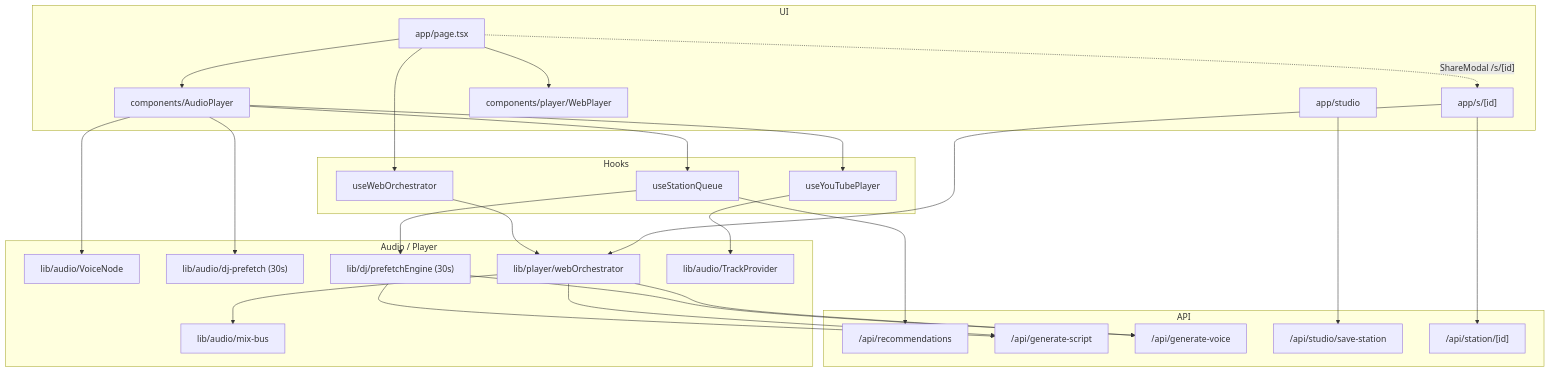
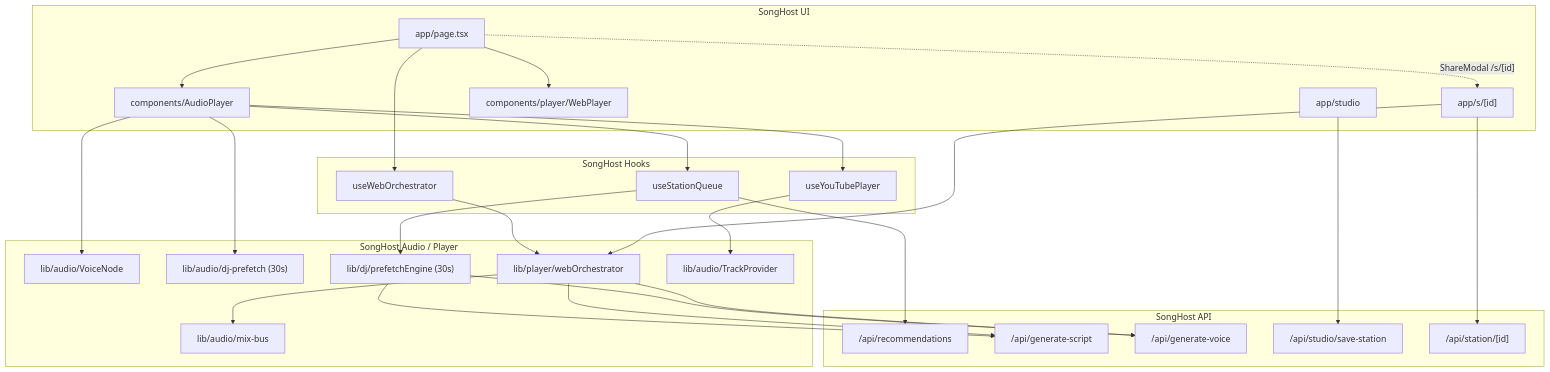
The diagram in docs/ARCHITECTURE.md (SongGhost/SongGhost), drawn with Mermaid before and after one commit. The commit also changed other lines of this file and 32 other files, not shown here.

Commit message:
fix(branding): normalize product nomenclature to SongHost and migrate storage keys

````diff
--- a/docs/ARCHITECTURE.md
+++ b/docs/ARCHITECTURE.md
@@ -27,54 +27,54 @@
 ```mermaid
 flowchart TB
-  subgraph UI["UI"]
+  subgraph UI["SongHost UI"]
     Home["app/page.tsx"]
     Studio["app/studio"]
     Share["app/s/[id]"]
     WebPlayer["components/player/WebPlayer"]
     AudioPlayer["components/AudioPlayer"]
   end
 
-  subgraph Hooks["Hooks"]
+  subgraph Hooks["SongHost Hooks"]
     Queue["useStationQueue"]
     YT["useYouTubePlayer"]
     WO["useWebOrchestrator"]
   end
 
-  subgraph Engine["Audio / Player"]
+  subgraph Engine["SongHost Audio / Player"]
     Mix["lib/audio/mix-bus"]
     Voice["lib/audio/VoiceNode"]
     Prefetch["lib/audio/dj-prefetch (30s)"]
     Prefetch30["lib/dj/prefetchEngine (30s)"]
     Orch["lib/player/webOrchestrator"]
     TP["lib/audio/TrackProvider"]
   end
 
-  subgraph API["API"]
+  subgraph API["SongHost API"]
     Rec["/api/recommendations"]
     Script["/api/generate-script"]
     VoiceApi["/api/generate-voice"]
     Save["/api/studio/save-station"]
     PublicStation["/api/station/[id]"]
   end
 
   Home --> AudioPlayer
   Home --> WebPlayer
   Home --> WO
   AudioPlayer --> Queue
   AudioPlayer --> YT
   AudioPlayer --> Voice
   AudioPlayer --> Prefetch
   Queue --> Prefetch30
   Prefetch30 --> Script
   Prefetch30 --> VoiceApi
   WO --> Orch
   Orch --> Mix
   YT --> TP
   Orch --> Script
   Orch --> VoiceApi
   Queue --> Rec
   Studio --> Save
   Share --> PublicStation
   Share --> Orch
   Home -.->|"ShareModal /s/[id]"| Share
 ```
````
